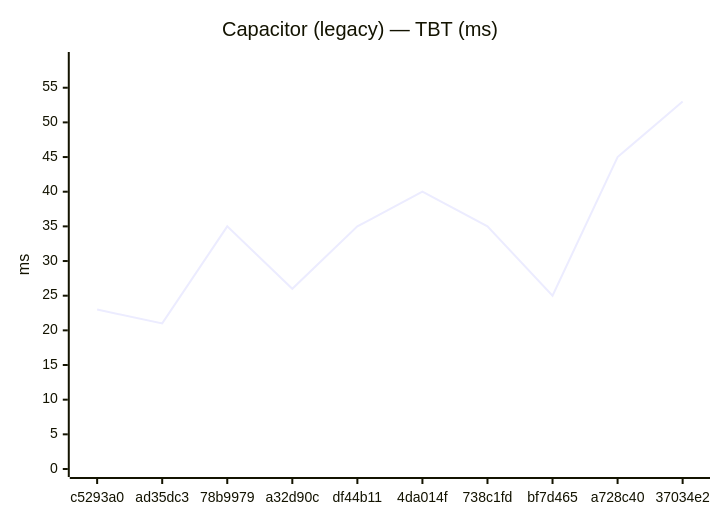
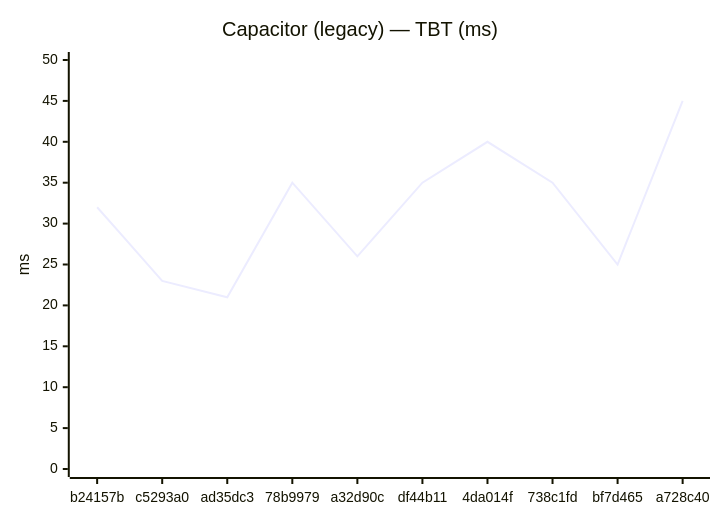
The sixth of 24 diagrams in benchmarks/compare.md (Metaheurist/Rianell), drawn with Mermaid before and after one commit. The commit also changed other lines of this file and 14 other files, not shown here.

````diff
--- a/benchmarks/compare.md
+++ b/benchmarks/compare.md
@@ -91,7 +91,7 @@
 ```mermaid
 xychart-beta
     title "Capacitor (legacy) — TBT (ms)"
-    x-axis ["c5293a0", "ad35dc3", "78b9979", "a32d90c", "df44b11", "4da014f", "738c1fd", "bf7d465", "a728c40", "37034e2"]
-    y-axis "ms" 0 --> 59
-    line [23, 21, 35, 26, 35, 40, 35, 25, 45, 53]
+    x-axis ["b24157b", "c5293a0", "ad35dc3", "78b9979", "a32d90c", "df44b11", "4da014f", "738c1fd", "bf7d465", "a728c40"]
+    y-axis "ms" 0 --> 50
+    line [32, 23, 21, 35, 26, 35, 40, 35, 25, 45]
 ```
````
